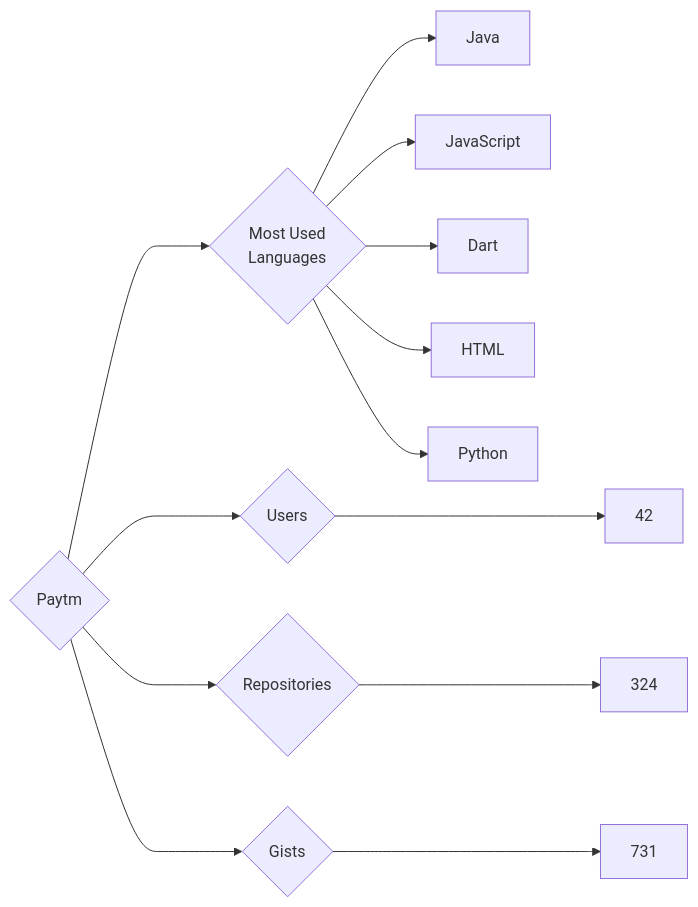
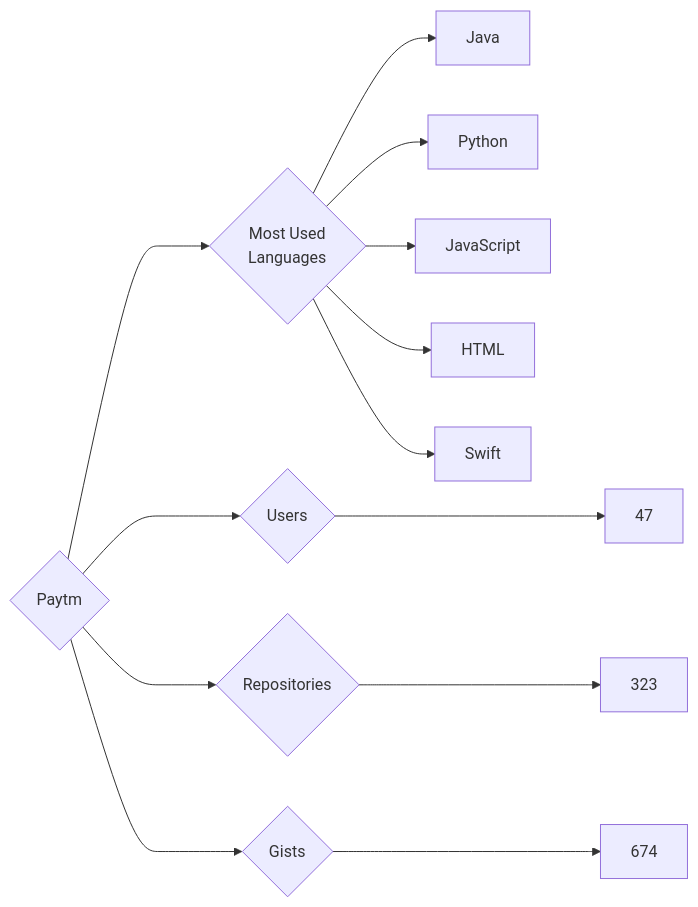
One commit to trickest/insiders changed the diagram in targets/Paytm/README.md. Above: the diagram before and after it, drawn with Mermaid. The commit also changed 972 other files, not shown here.

````diff
--- a/targets/Paytm/README.md
+++ b/targets/Paytm/README.md
@@ -3,13 +3,13 @@
 ```mermaid
 graph LR
 COMPANY_NAME{Paytm}
-COMPANY_NAME ---> U{Users} ---> UN[42]
-COMPANY_NAME ---> R{Repositories} ---> RN[324]
-COMPANY_NAME ---> G{Gists} ---> GN[731]
+COMPANY_NAME ---> U{Users} ---> UN[47]
+COMPANY_NAME ---> R{Repositories} ---> RN[323]
+COMPANY_NAME ---> G{Gists} ---> GN[674]
 COMPANY_NAME ---> ML{Most Used<br>Languages}
 ML --> Java[Java]
+ML --> Python[Python]
 ML --> JavaScript[JavaScript]
-ML --> Dart[Dart]
 ML --> HTML[HTML]
-ML --> Python[Python]
+ML --> Swift[Swift]
 ```
````
